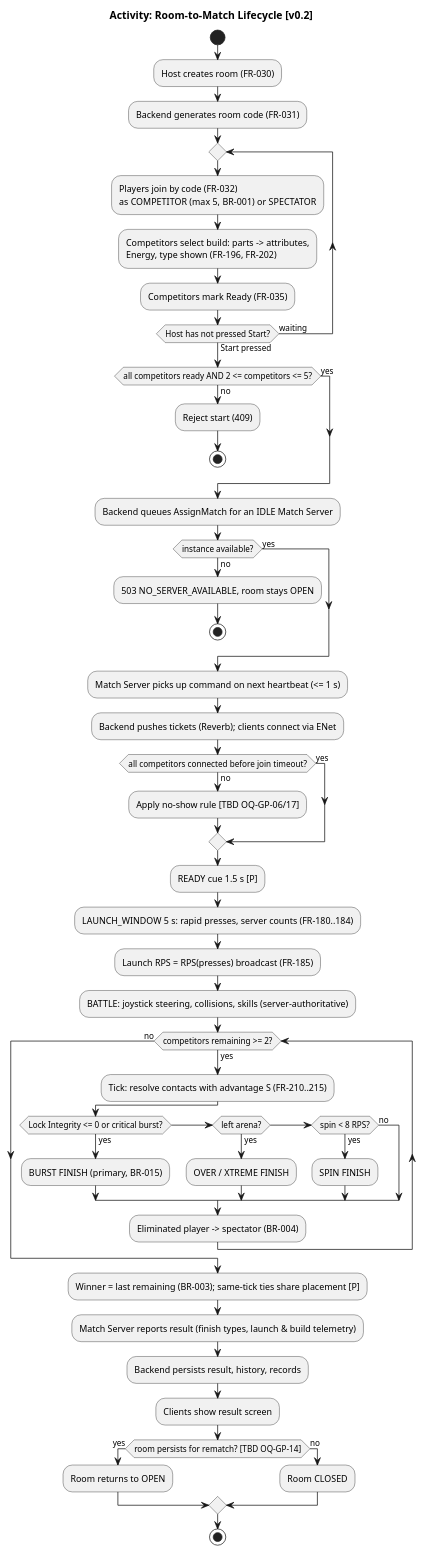
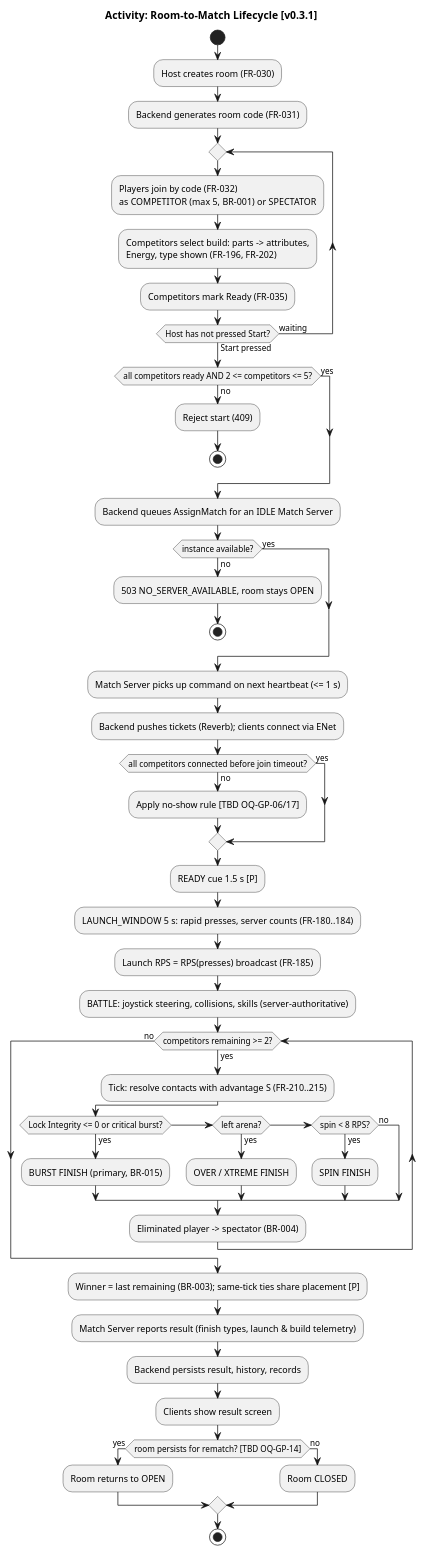
One commit to houcine212-hub/Bayblade_Sesytem changed the diagram in docs/02-uml/activity-room-to-match.puml. Above: the diagram before and after it, drawn with PlantUML. The commit also changed 55 other files, not shown here.

```diff
--- a/docs/02-uml/activity-room-to-match.puml
+++ b/docs/02-uml/activity-room-to-match.puml
@@ -1,54 +1,54 @@
 @startuml activity-room-to-match
-title Activity: Room-to-Match Lifecycle [v0.2]
+title Activity: Room-to-Match Lifecycle [v0.3.1]
 start
 :Host creates room (FR-030);
 :Backend generates room code (FR-031);
 repeat
   :Players join by code (FR-032)\nas COMPETITOR (max 5, BR-001) or SPECTATOR;
   :Competitors select build: parts -> attributes,\nEnergy, type shown (FR-196, FR-202);
   :Competitors mark Ready (FR-035);
 repeat while (Host has not pressed Start?) is (waiting) not (Start pressed)
 if (all competitors ready AND 2 <= competitors <= 5?) then (yes)
 else (no)
   :Reject start (409);
   stop
 endif
 :Backend queues AssignMatch for an IDLE Match Server;
 if (instance available?) then (yes)
 else (no)
   :503 NO_SERVER_AVAILABLE, room stays OPEN;
   stop
 endif
 :Match Server picks up command on next heartbeat (<= 1 s);
 :Backend pushes tickets (Reverb); clients connect via ENet;
 if (all competitors connected before join timeout?) then (yes)
 else (no)
   :Apply no-show rule [TBD OQ-GP-06/17];
 endif
 :READY cue 1.5 s [P];
 :LAUNCH_WINDOW 5 s: rapid presses, server counts (FR-180..184);
 :Launch RPS = RPS(presses) broadcast (FR-185);
 :BATTLE: joystick steering, collisions, skills (server-authoritative);
 while (competitors remaining >= 2?) is (yes)
   :Tick: resolve contacts with advantage S (FR-210..215);
   if (Lock Integrity <= 0 or critical burst?) then (yes)
     :BURST FINISH (primary, BR-015);
   elseif (left arena?) then (yes)
     :OVER / XTREME FINISH;
   elseif (spin < 8 RPS?) then (yes)
     :SPIN FINISH;
   else (no)
   endif
   :Eliminated player -> spectator (BR-004);
 endwhile (no)
 :Winner = last remaining (BR-003); same-tick ties share placement [P];
 :Match Server reports result (finish types, launch & build telemetry);
 :Backend persists result, history, records;
 :Clients show result screen;
 if (room persists for rematch? [TBD OQ-GP-14]) then (yes)
   :Room returns to OPEN;
 else (no)
   :Room CLOSED;
 endif
 stop
 @enduml
```
